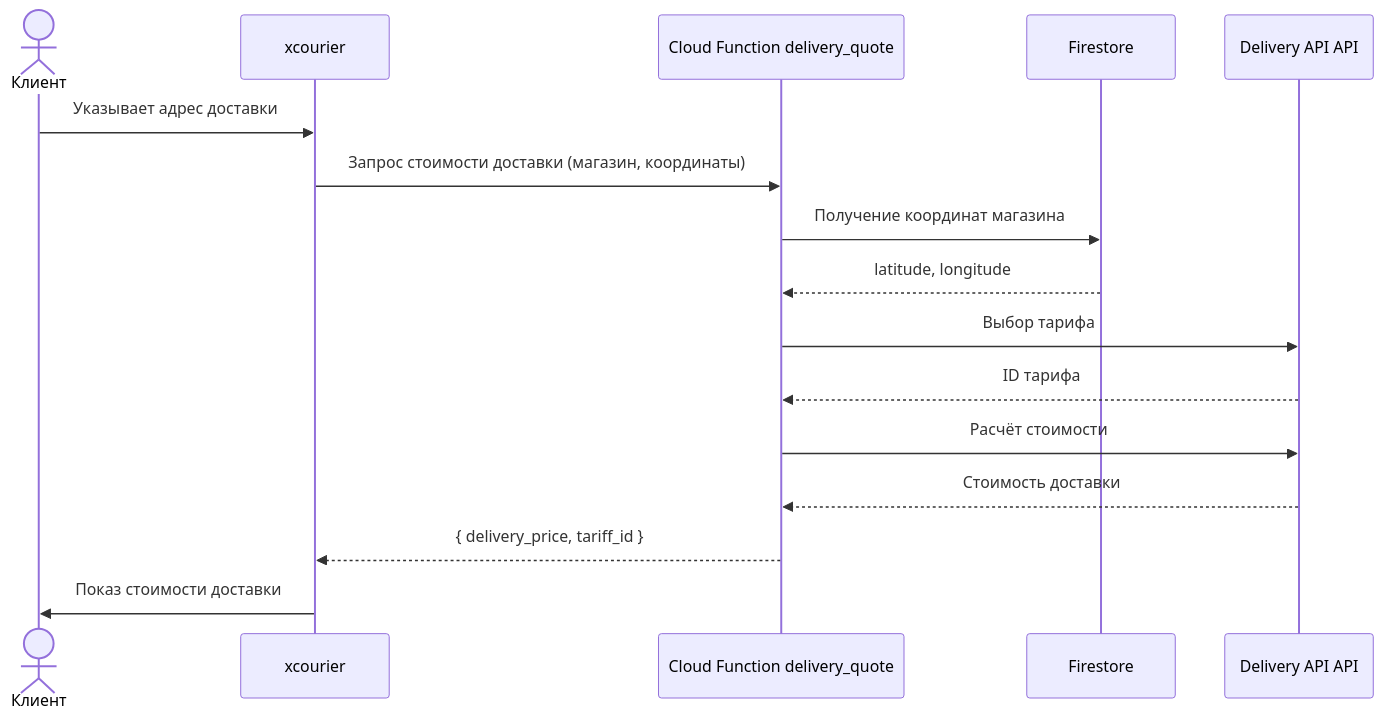
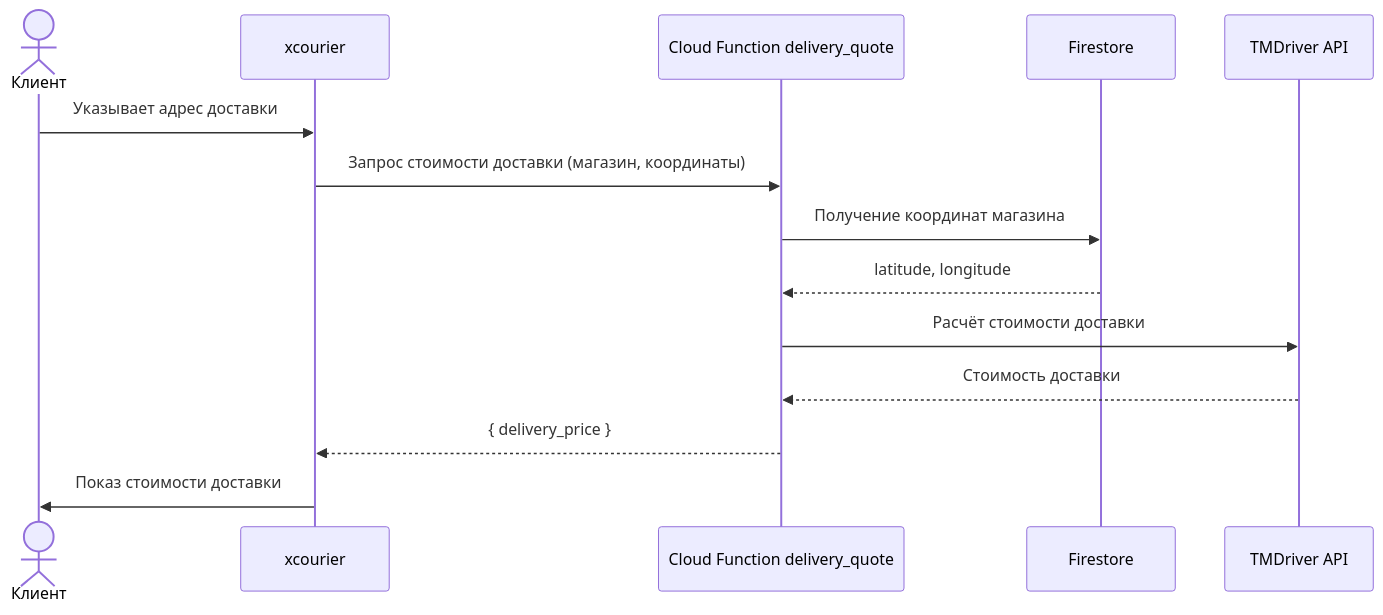
One commit to incognittoo/xkurier-docs changed the fifth of 5 diagrams in dev/architecture.md. Above: the diagram before and after it, drawn with Mermaid. The commit also changed 3 other files, not shown here.

````diff
--- a/dev/architecture.md
+++ b/dev/architecture.md
@@ -174,19 +174,17 @@
 ```mermaid
 sequenceDiagram
     actor C as Клиент
     participant App as xcourier
     participant CF as Cloud Function delivery_quote
     participant FS as Firestore
-    participant TM as Delivery API API
+    participant TM as TMDriver API
 
     C->>App: Указывает адрес доставки
     App->>CF: Запрос стоимости доставки (магазин, координаты)
     CF->>FS: Получение координат магазина
     FS-->>CF: latitude, longitude
-    CF->>TM: Выбор тарифа
-    TM-->>CF: ID тарифа
-    CF->>TM: Расчёт стоимости
+    CF->>TM: Расчёт стоимости доставки
     TM-->>CF: Стоимость доставки
-    CF-->>App: { delivery_price, tariff_id }
+    CF-->>App: { delivery_price }
     App->>C: Показ стоимости доставки
 ```
````
